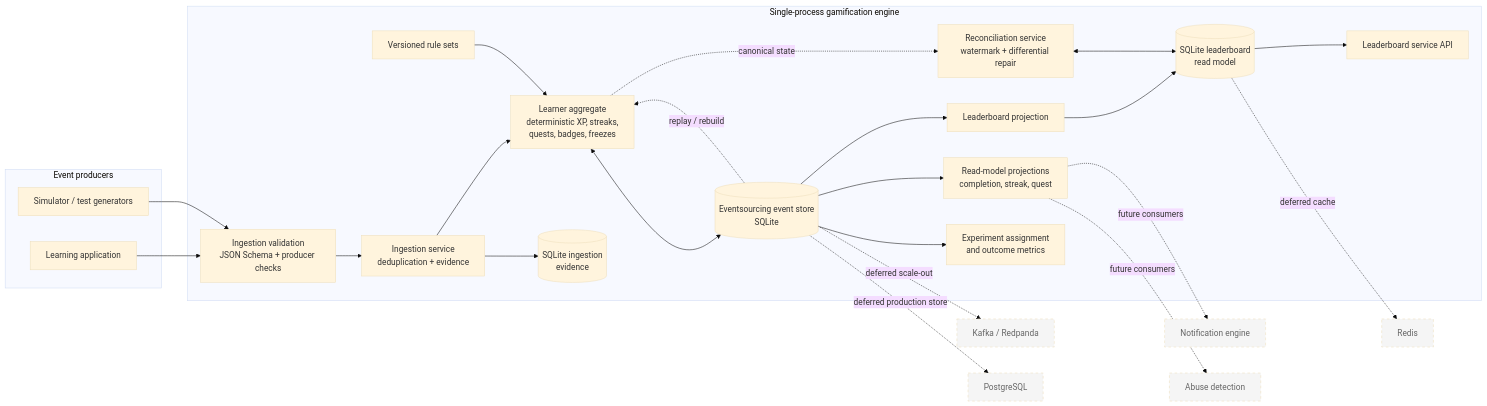
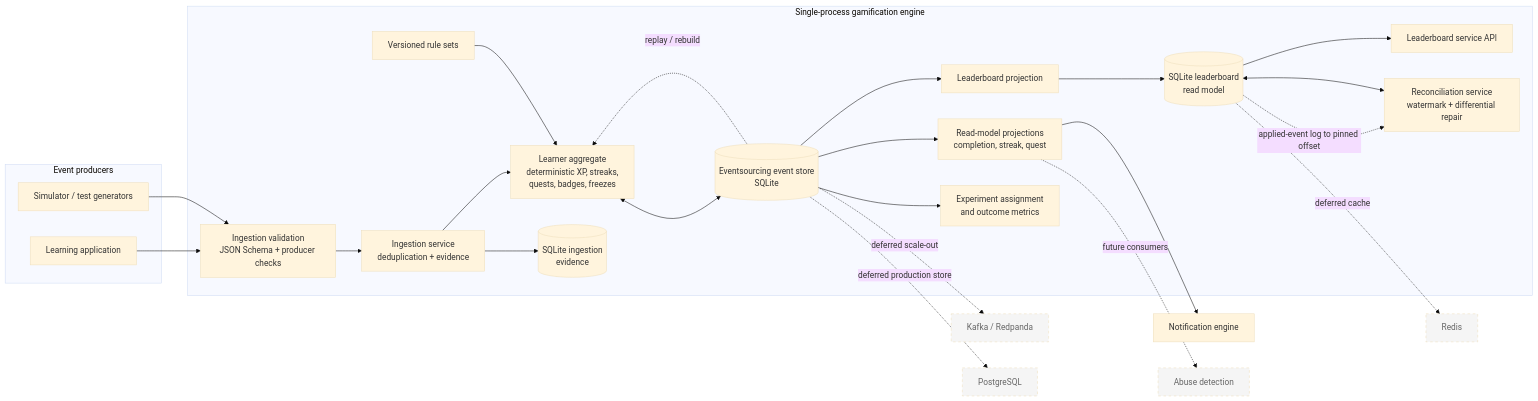
Before and after one commit to thisissam-1706/gamification-engine: the diagram in README.md, drawn with Mermaid (base theme). The commit also changed other lines of this file and 8 other files, not shown here.

````diff
--- a/README.md
+++ b/README.md
@@ -9,52 +9,52 @@
 ```mermaid
 flowchart LR
     subgraph Producers["Event producers"]
         Learning["Learning application"]
         Simulator["Simulator / test generators"]
     end
 
     subgraph Runtime["Single-process gamification engine"]
         Validate["Ingestion validation<br/>JSON Schema + producer checks"]
         Ingest["Ingestion service<br/>deduplication + evidence"]
         Aggregate["Learner aggregate<br/>deterministic XP, streaks,<br/>quests, badges, freezes"]
         Rules["Versioned rule sets"]
         EventStore[("Eventsourcing event store<br/>SQLite")]
         Projections["Read-model projections<br/>completion, streak, quest"]
         LeaderboardProjection["Leaderboard projection"]
         LeaderboardAPI["Leaderboard service API"]
         LeaderboardDB[("SQLite leaderboard<br/>read model")]
         Reconciler["Reconciliation service<br/>watermark + differential repair"]
         Experiment["Experiment assignment<br/>and outcome metrics"]
         EvidenceDB[("SQLite ingestion<br/>evidence")]
     end
 
     Learning --> Validate
     Simulator --> Validate
     Validate --> Ingest
     Ingest --> EvidenceDB
     Ingest --> Aggregate
     Rules --> Aggregate
     Aggregate <--> EventStore
     EventStore --> Projections
     EventStore --> LeaderboardProjection
     LeaderboardProjection --> LeaderboardDB
     LeaderboardDB --> LeaderboardAPI
-    Aggregate -. canonical state .-> Reconciler
+    LeaderboardDB -. applied-event log to pinned offset .-> Reconciler
     Reconciler <--> LeaderboardDB
     EventStore --> Experiment
     EventStore -. replay / rebuild .-> Aggregate
 
-    Notifications["Notification engine"]:::deferred
+    Notifications["Notification engine"]
     Abuse["Abuse detection"]:::deferred
     Kafka["Kafka / Redpanda"]:::deferred
     Redis["Redis"]:::deferred
     Postgres["PostgreSQL"]:::deferred
 
     EventStore -. deferred scale-out .-> Kafka
     LeaderboardDB -. deferred cache .-> Redis
     EventStore -. deferred production store .-> Postgres
-    Projections -. future consumers .-> Notifications
+    Projections --> Notifications
     Projections -. future consumers .-> Abuse
 
     classDef deferred stroke-dasharray: 5 5,fill:#f5f5f5,color:#666;
 ```
````
